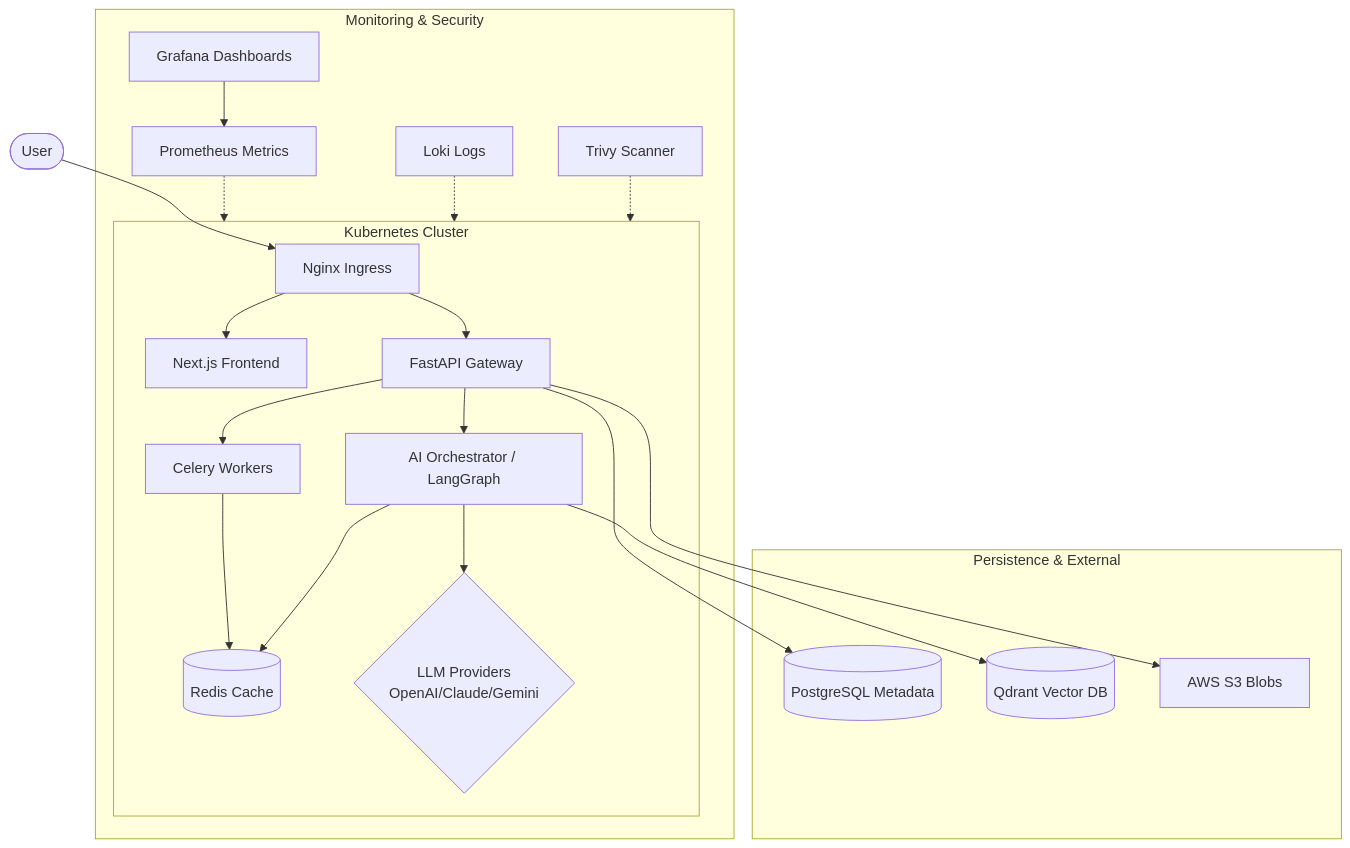
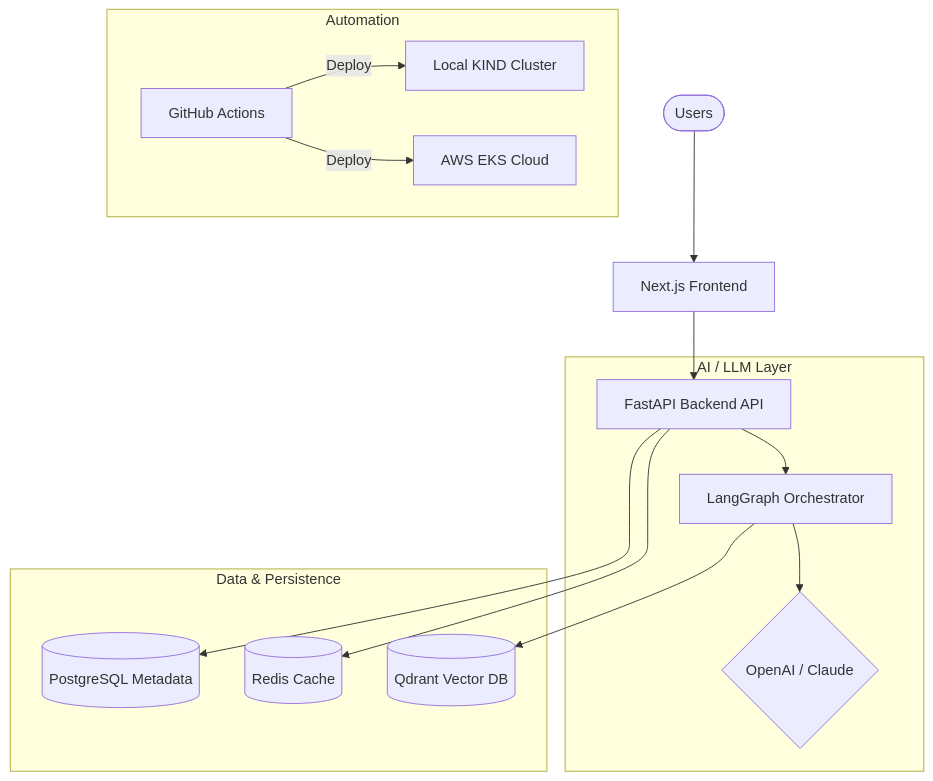
Before and after one commit to bittush8789/Knowledge-Intelligence-System: the diagram in docs/architecture/system_diagram.md, drawn with Mermaid. The commit also changed other lines of this file and 34 other files, not shown here.

````diff
--- a/docs/architecture/system_diagram.md
+++ b/docs/architecture/system_diagram.md
@@ -3,30 +3,21 @@
 ```mermaid
 graph TD
-    User([User]) --> Ingress[Nginx Ingress]
+    Users([Users]) --> Frontend[Next.js Frontend]
+    Frontend --> Backend[FastAPI Backend API]
     
-    subgraph K8s_Cluster [Kubernetes Cluster]
-        Ingress --> Frontend[Next.js Frontend]
-        Ingress --> Backend[FastAPI Gateway]
-        
-        Backend --> AI_Service[AI Orchestrator / LangGraph]
-        Backend --> Task_Queue[Celery Workers]
-        
-        Task_Queue --> Redis[(Redis Broker)]
-        AI_Service --> Redis[(Redis Cache)]
-        
-        AI_Service --> LLM_API{LLM Providers\nOpenAI/Claude/Gemini}
+    subgraph AI_Layer [AI / LLM Layer]
+        Backend --> Orchestrator[LangGraph Orchestrator]
+        Orchestrator --> LLM{OpenAI / Claude}
     end
     
-    subgraph Storage_Layer [Persistence & External]
+    subgraph Databases [Data & Persistence]
         Backend --> Postgres[(PostgreSQL Metadata)]
-        AI_Service --> Qdrant[(Qdrant Vector DB)]
-        Backend --> S3[AWS S3 Blobs]
+        Backend --> Redis[(Redis Cache)]
+        Orchestrator --> Qdrant[(Qdrant Vector DB)]
     end
     
-    subgraph Observability [Monitoring & Security]
-        Prometheus[Prometheus Metrics] -.-> K8s_Cluster
-        Grafana[Grafana Dashboards] --> Prometheus
-        Loki[Loki Logs] -.-> K8s_Cluster
-        Trivy[Trivy Scanner] -.-> K8s_Cluster
+    subgraph DevOps [Automation]
+        GHA[GitHub Actions] --> |Deploy| KIND[Local KIND Cluster]
+        GHA --> |Deploy| EKS[AWS EKS Cloud]
     end
 ```
````
